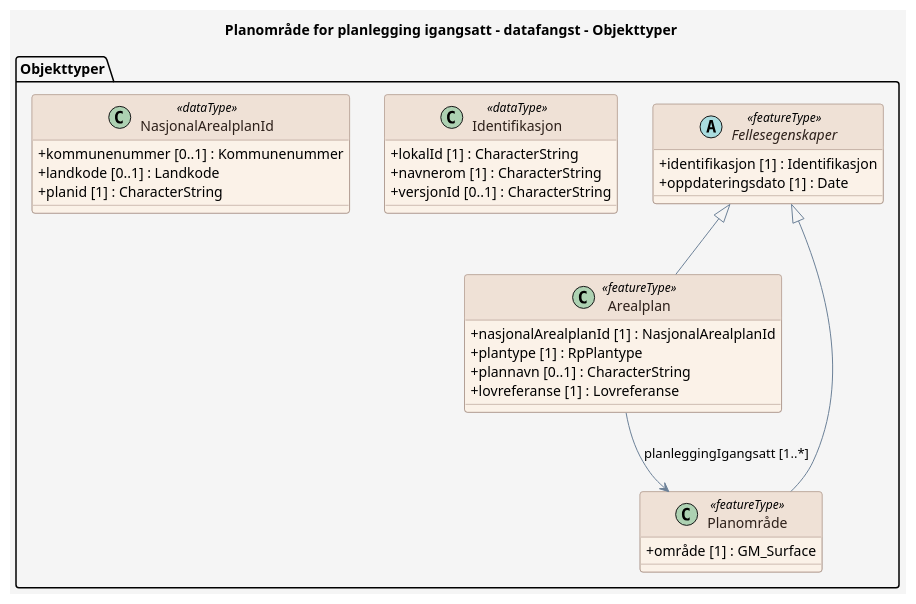
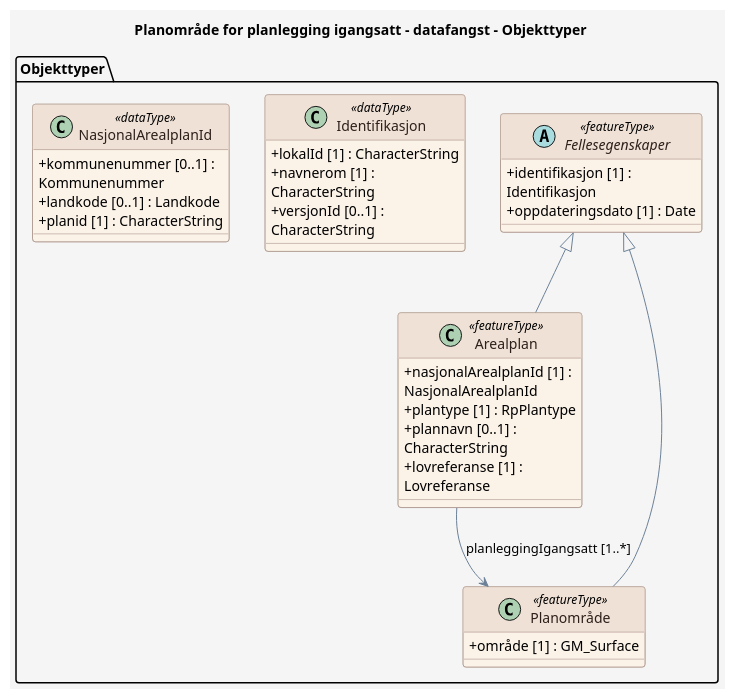
Before and after one commit to Arkitektum/produktspesifikasjon_plandata: the diagram in produktspesifikasjon/planleggingigangsatt/datafangst/datafangst_feature_catalogue.puml, drawn with PlantUML. The commit also changed 4 other files, not shown here.

```diff
--- a/produktspesifikasjon/planleggingigangsatt/datafangst/datafangst_feature_catalogue.puml
+++ b/produktspesifikasjon/planleggingigangsatt/datafangst/datafangst_feature_catalogue.puml
@@ -1,60 +1,66 @@
 @startuml
+' For wide diagrams, render with: plantuml -DPLANTUML_LIMIT_SIZE=16384 ...
+' The 'scale max' directive below caps the rendered output to prevent the
+' default PlantUML 4096px size limit from cropping the diagram.
+scale max 4000*4000
+
 title Planområde for planlegging igangsatt - datafangst - Objekttyper
 
 skinparam backgroundColor #F5F5F5
 skinparam shadowing false
 skinparam RoundCorner 6
 skinparam ArrowColor #6C8198
+skinparam wrapWidth 200
 skinparam class {
   BackgroundColor #FBF2E8
   BorderColor #9C8578
   FontColor #2D201A
   HeaderBackgroundColor #EFE1D6
   HeaderFontColor #2D201A
   AttributeIconSize 0
 }
 skinparam note {
   BackgroundColor #FFFFFF
   BorderColor #6C8198
   FontColor #2D201A
 }
 skinparam stereotypeCBackgroundColor #EAD9CE
 skinparam stereotypeCBorderColor #9C8578
 skinparam stereotypeCFontColor #2D201A
 
 package "Objekttyper" {
 
   abstract class Fellesegenskaper <<featureType>> {
     + identifikasjon [1] : Identifikasjon
     + oppdateringsdato [1] : Date
   }
 
   class Arealplan <<featureType>> {
     + nasjonalArealplanId [1] : NasjonalArealplanId
     + plantype [1] : RpPlantype
     + plannavn [0..1] : CharacterString
     + lovreferanse [1] : Lovreferanse
   }
 
   class "Planområde" as Planomr_de <<featureType>> {
     + område [1] : GM_Surface
   }
 
   class Identifikasjon <<dataType>> {
     + lokalId [1] : CharacterString
     + navnerom [1] : CharacterString
     + versjonId [0..1] : CharacterString
   }
 
   class NasjonalArealplanId <<dataType>> {
     + kommunenummer [0..1] : Kommunenummer
     + landkode [0..1] : Landkode
     + planid [1] : CharacterString
   }
 }
 
   Fellesegenskaper <|-- Arealplan
   Arealplan --> Planomr_de : planleggingIgangsatt [1..*]
   Fellesegenskaper <|-- Planomr_de
 
 @enduml
```
